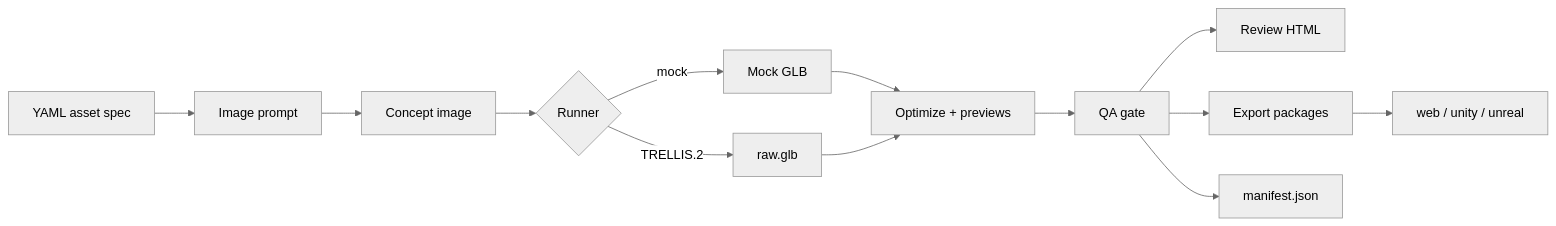
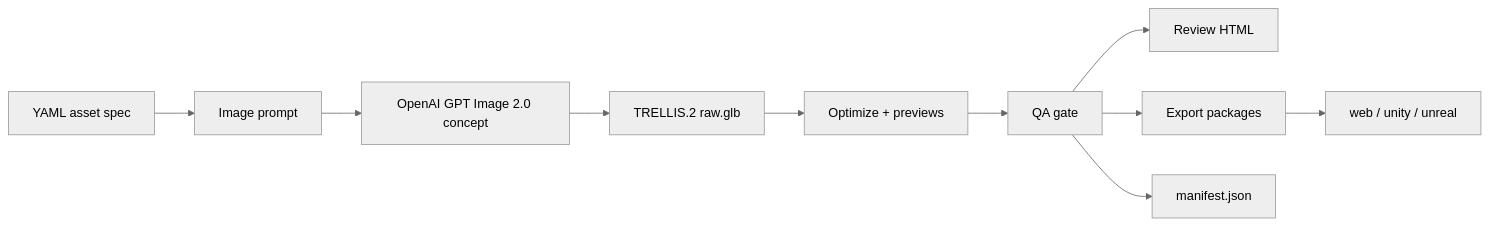
The diagram in README.md (PSkinnerTech/3d-asset-factory), drawn with Mermaid (neutral theme) before and after one commit. The commit also changed other lines of this file and 1 other file, not shown here.

Commit message:
docs: update openai image social card (#7)

````diff
--- a/README.md
+++ b/README.md
@@ -22,15 +22,12 @@
 ```mermaid
 flowchart LR
     A["YAML asset spec"] --> B["Image prompt"]
-    B --> C["Concept image"]
-    C --> D{"Runner"}
-    D -->|mock| E["Mock GLB"]
-    D -->|TRELLIS.2| F["raw.glb"]
-    E --> G["Optimize + previews"]
-    F --> G
-    G --> H["QA gate"]
-    H --> I["Review HTML"]
-    H --> J["Export packages"]
-    J --> K["web / unity / unreal"]
-    H --> L["manifest.json"]
+    B --> C["OpenAI GPT Image 2.0 concept"]
+    C --> D["TRELLIS.2 raw.glb"]
+    D --> E["Optimize + previews"]
+    E --> F["QA gate"]
+    F --> G["Review HTML"]
+    F --> H["Export packages"]
+    H --> I["web / unity / unreal"]
+    F --> J["manifest.json"]
 ```
````
